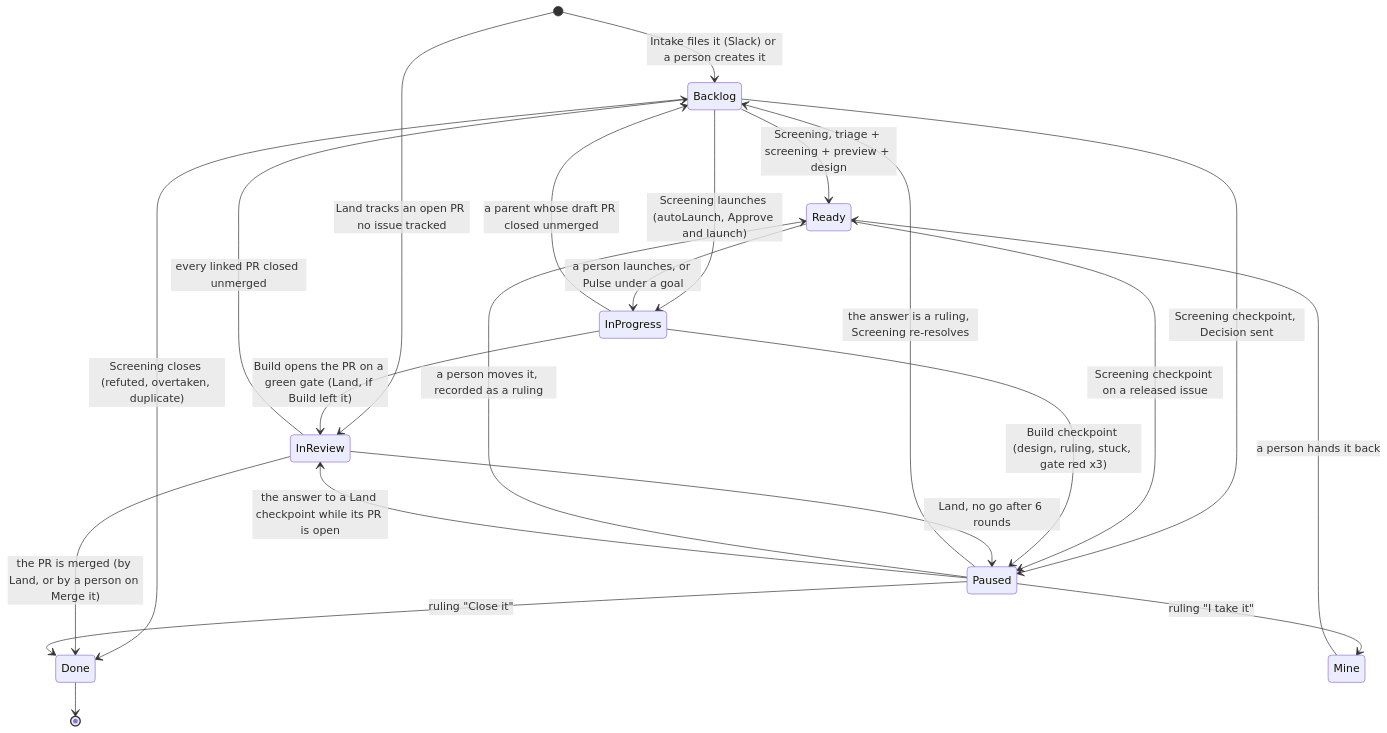
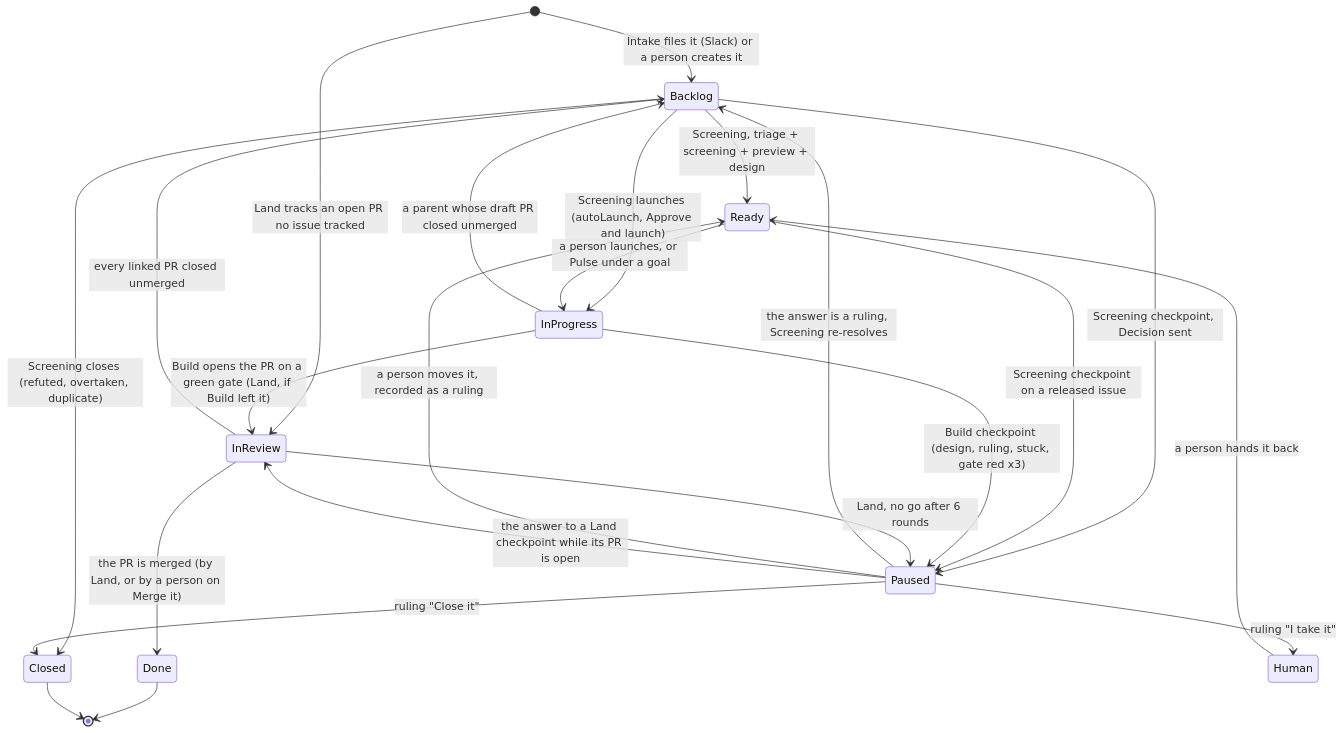
The diagram in skills/working-on-issues/workflow.md (standardshq/skills), drawn with Mermaid before and after one commit. The commit also changed other lines of this file and 13 other files, not shown here.

First line of the commit message:
feat: issues close into Closed, and the status a person keeps reads Human

````diff
--- a/skills/working-on-issues/workflow.md
+++ b/skills/working-on-issues/workflow.md
@@ -6,24 +6,25 @@
 ```mermaid
 stateDiagram-v2
   [*] --> Backlog: Intake files it (Slack) or a person creates it
   [*] --> InReview: Land tracks an open PR no issue tracked
   Backlog --> Ready: Screening, triage + screening + preview + design
   Backlog --> InProgress: Screening launches (autoLaunch, Approve and launch)
   Backlog --> Paused: Screening checkpoint, Decision sent
-  Backlog --> Done: Screening closes (refuted, overtaken, duplicate)
+  Backlog --> Closed: Screening closes (refuted, overtaken, duplicate)
   Ready --> InProgress: a person launches, or Pulse under a goal
   Ready --> Paused: Screening checkpoint on a released issue
   InProgress --> InReview: Build opens the PR on a green gate (Land, if Build left it)
   InProgress --> Paused: Build checkpoint (design, ruling, stuck, gate red x3)
   InProgress --> Backlog: a parent whose draft PR closed unmerged
   InReview --> Done: the PR is merged (by Land, or by a person on Merge it)
   InReview --> Paused: Land, no go after 6 rounds
   InReview --> Backlog: every linked PR closed unmerged
   Paused --> Backlog: the answer is a ruling, Screening re-resolves
   Paused --> Ready: a person moves it, recorded as a ruling
-  Paused --> Mine: ruling "I take it"
+  Paused --> Human: ruling "I take it"
   Paused --> InReview: the answer to a Land checkpoint while its PR is open
-  Paused --> Done: ruling "Close it"
-  Mine --> Ready: a person hands it back
+  Paused --> Closed: ruling "Close it"
+  Human --> Ready: a person hands it back
   Done --> [*]
+  Closed --> [*]
 ```
````
